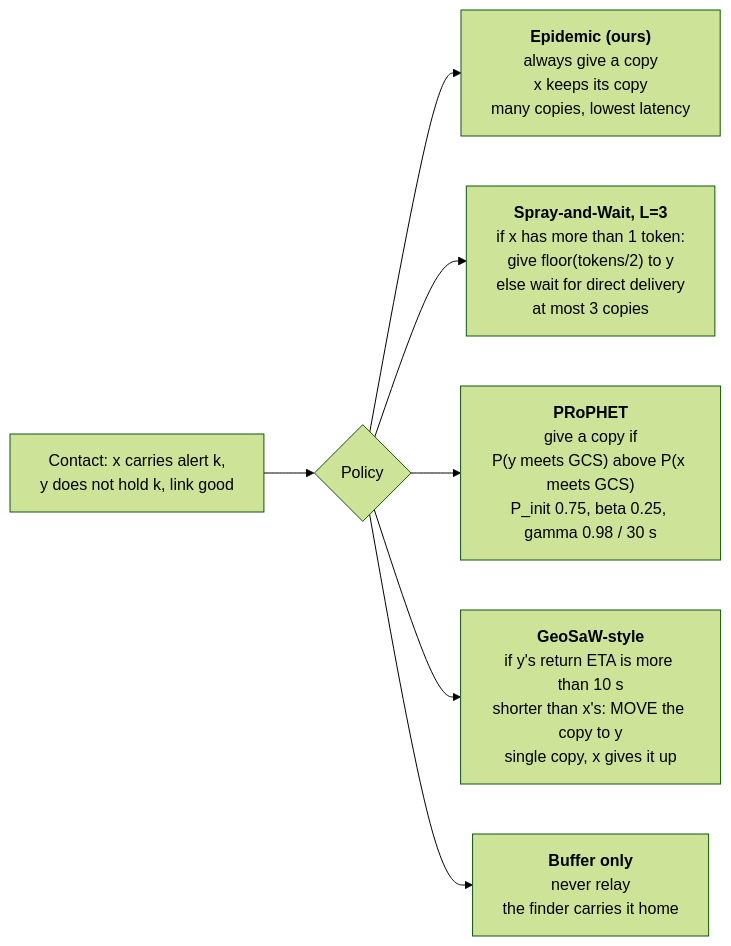
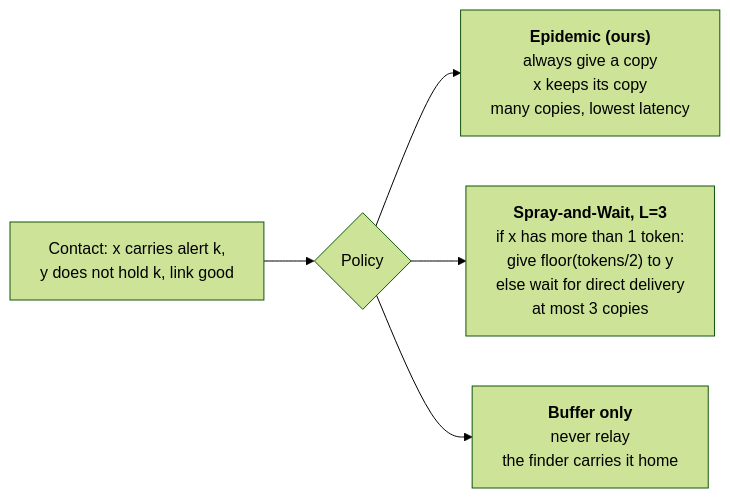
Before and after one commit to CodeWithDevesh/FlyNetSim: the seventh of 11 diagrams in docs/ARCHITECTURE_PROPOSAL.md, drawn with Mermaid (forest theme). The commit also changed other lines of this file and 59 other files, not shown here.

````diff
--- a/docs/ARCHITECTURE_PROPOSAL.md
+++ b/docs/ARCHITECTURE_PROPOSAL.md
@@ -226,9 +226,7 @@
 ```mermaid
 flowchart LR
   C["Contact: x carries alert k,<br/>y does not hold k, link good"] --> P{"Policy"}
   P --> E["<b>Epidemic (ours)</b><br/>always give a copy<br/>x keeps its copy<br/>many copies, lowest latency"]
   P --> S["<b>Spray-and-Wait, L=3</b><br/>if x has more than 1 token:<br/>give floor(tokens/2) to y<br/>else wait for direct delivery<br/>at most 3 copies"]
-  P --> R["<b>PRoPHET</b><br/>give a copy if<br/>P(y meets GCS) above P(x meets GCS)<br/>P_init 0.75, beta 0.25, gamma 0.98 / 30 s"]
-  P --> G["<b>GeoSaW-style</b><br/>if y's return ETA is more than 10 s<br/>shorter than x's: MOVE the copy to y<br/>single copy, x gives it up"]
   P --> B["<b>Buffer only</b><br/>never relay<br/>the finder carries it home"]
 ```
````
